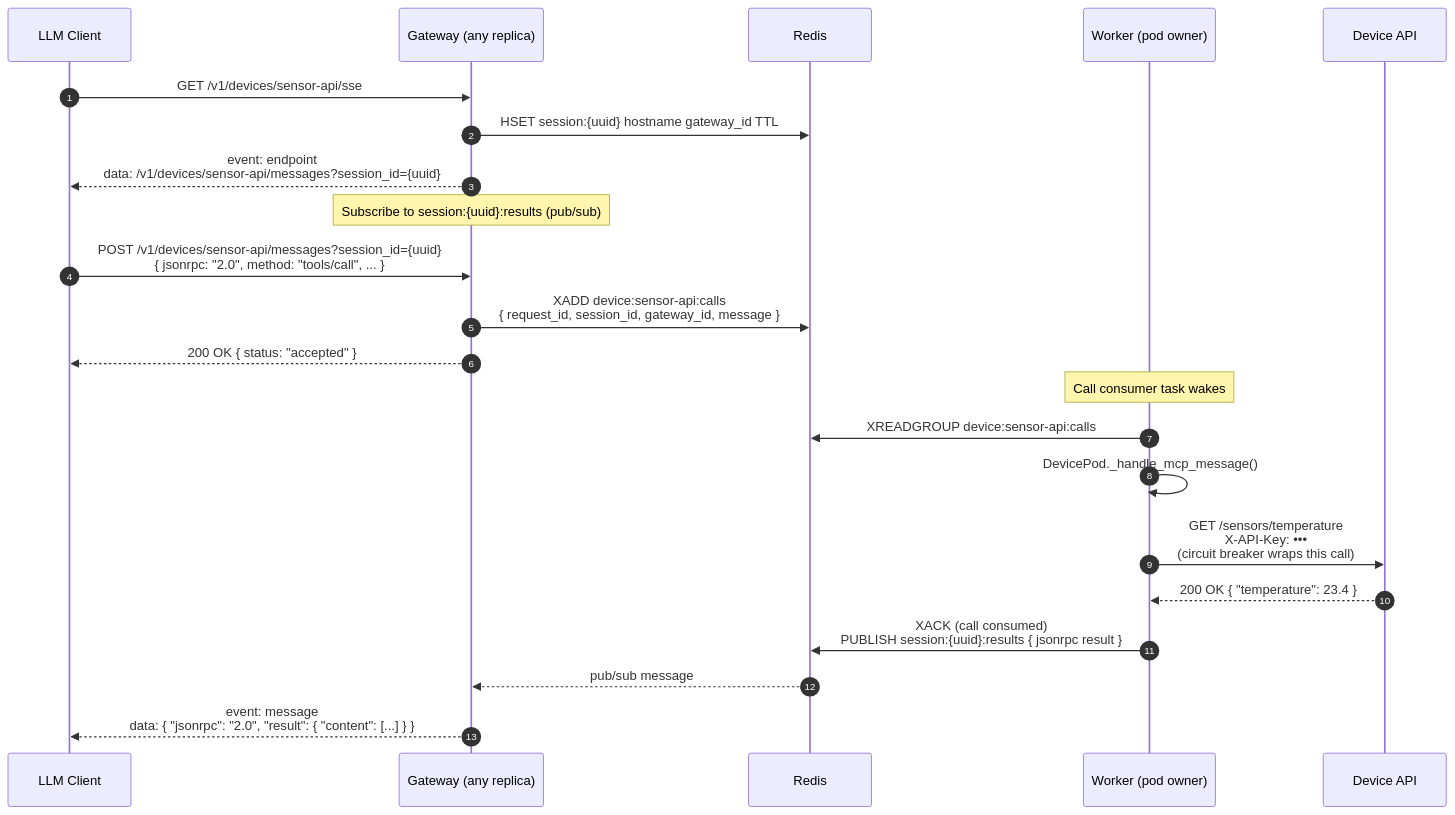
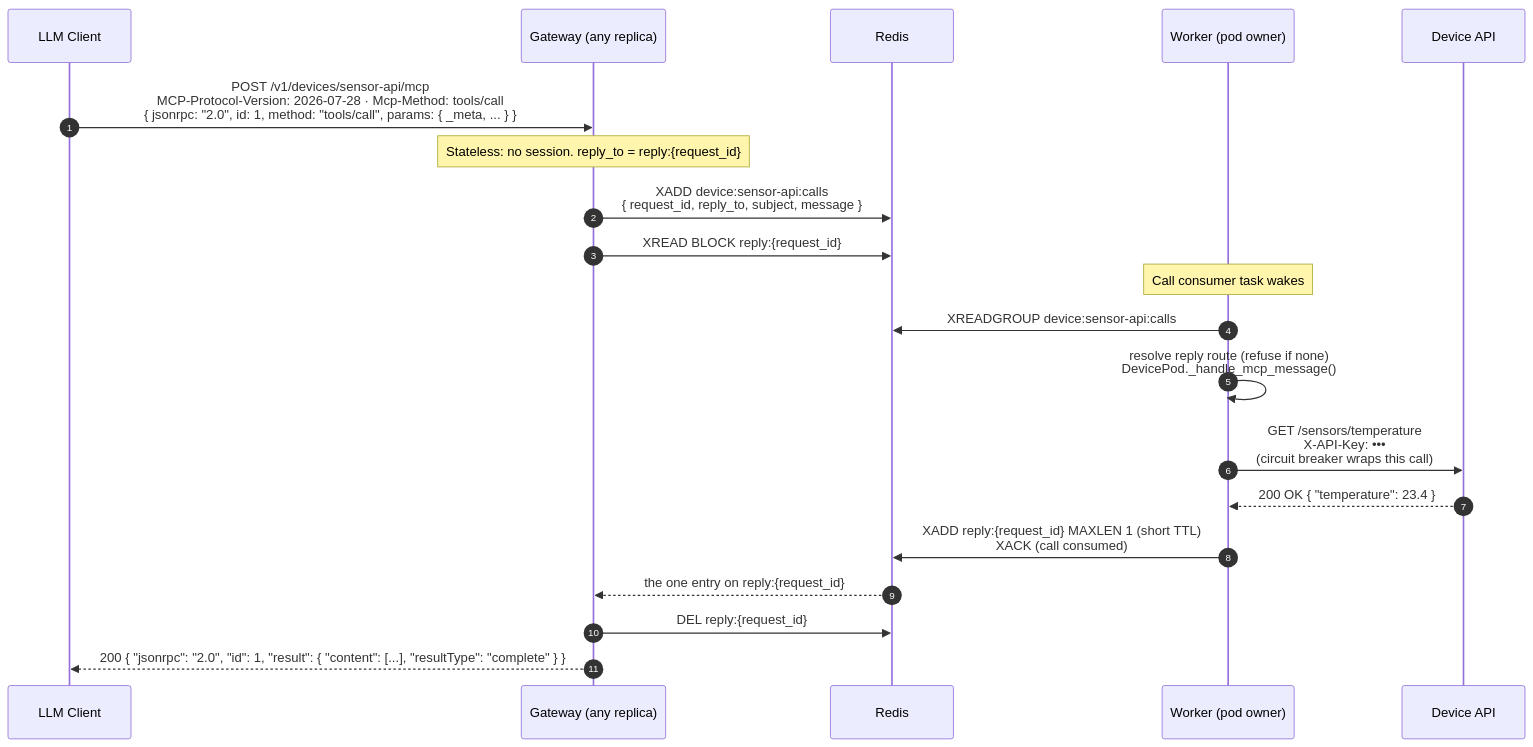
One commit to benwold-lgtm/SyncGate changed the third of 3 diagrams in docs/kubernetes-architecture.md. Above: the diagram before and after it, drawn with Mermaid. The commit also changed other lines of this file and 16 other files, not shown here.

````diff
--- a/docs/kubernetes-architecture.md
+++ b/docs/kubernetes-architecture.md
@@ -125,29 +125,26 @@
 ```mermaid
 sequenceDiagram
     autonumber
 
     participant LLM as LLM Client
     participant GW as Gateway (any replica)
     participant REDIS as Redis
     participant WK as Worker (pod owner)
     participant API as Device API
 
-    LLM->>GW: GET /v1/devices/sensor-api/sse
-    GW->>REDIS: HSET session:{uuid} hostname gateway_id TTL
-    GW-->>LLM: event: endpoint<br/>data: /v1/devices/sensor-api/messages?session_id={uuid}
-    Note over GW: Subscribe to session:{uuid}:results (pub/sub)
-
-    LLM->>GW: POST /v1/devices/sensor-api/messages?session_id={uuid}<br/>{ jsonrpc: "2.0", method: "tools/call", ... }
-    GW->>REDIS: XADD device:sensor-api:calls<br/>{ request_id, session_id, gateway_id, message }
-    GW-->>LLM: 200 OK { status: "accepted" }
+    LLM->>GW: POST /v1/devices/sensor-api/mcp<br/>MCP-Protocol-Version: 2026-07-28 · Mcp-Method: tools/call<br/>{ jsonrpc: "2.0", id: 1, method: "tools/call", params: { _meta, ... } }
+    Note over GW: Stateless: no session. reply_to = reply:{request_id}
+    GW->>REDIS: XADD device:sensor-api:calls<br/>{ request_id, reply_to, subject, message }
+    GW->>REDIS: XREAD BLOCK reply:{request_id}
 
     Note over WK: Call consumer task wakes
     WK->>REDIS: XREADGROUP device:sensor-api:calls
-    WK->>WK: DevicePod._handle_mcp_message()
+    WK->>WK: resolve reply route (refuse if none)<br/>DevicePod._handle_mcp_message()
     WK->>API: GET /sensors/temperature<br/>X-API-Key: •••<br/>(circuit breaker wraps this call)
     API-->>WK: 200 OK { "temperature": 23.4 }
-    WK->>REDIS: XACK  (call consumed)<br/>PUBLISH session:{uuid}:results { jsonrpc result }
+    WK->>REDIS: XADD reply:{request_id} MAXLEN 1 (short TTL)<br/>XACK (call consumed)
 
-    REDIS-->>GW: pub/sub message
-    GW-->>LLM: event: message<br/>data: { "jsonrpc": "2.0", "result": { "content": [...] } }
+    REDIS-->>GW: the one entry on reply:{request_id}
+    GW->>REDIS: DEL reply:{request_id}
+    GW-->>LLM: 200 { "jsonrpc": "2.0", "id": 1, "result": { "content": [...], "resultType": "complete" } }
 ```
````
